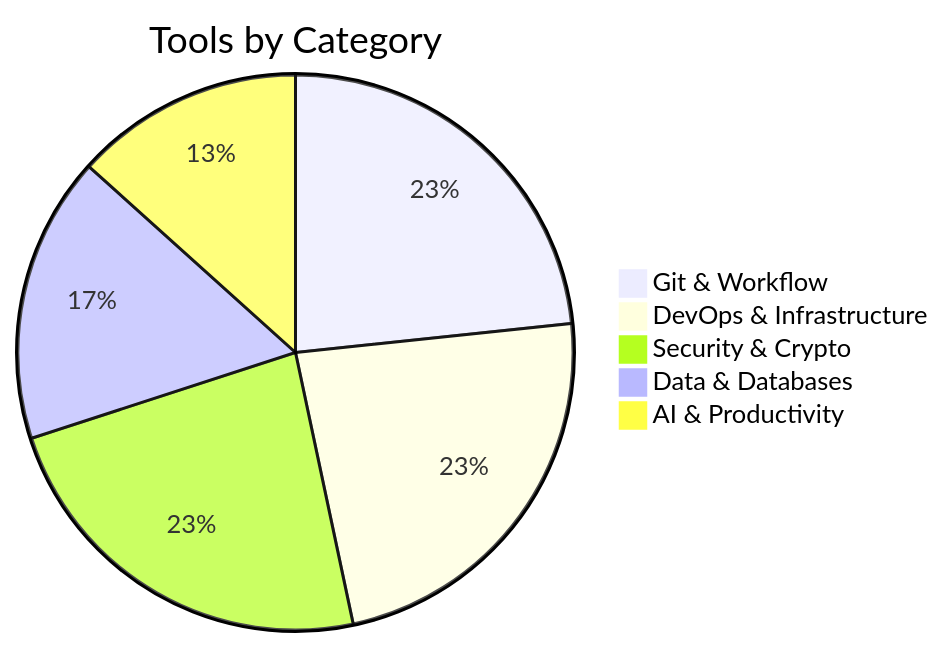
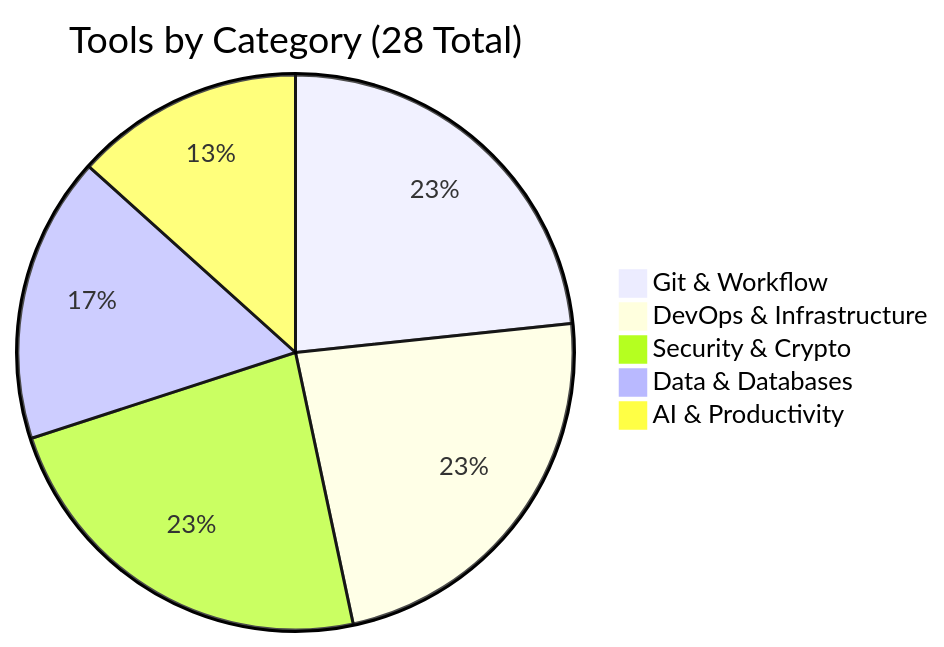
Before and after one commit to TauqeerMustafa/TauqeerMustafa: the diagram in README.md, drawn with Mermaid. The commit also changed other lines of this file, not shown here.

````diff
--- a/README.md
+++ b/README.md
@@ -468,8 +764,8 @@
 ```mermaid
-pie title Tools by Category
+pie title Tools by Category (28 Total)
     "Git & Workflow" : 7
     "DevOps & Infrastructure" : 7
     "Security & Crypto" : 7
     "Data & Databases" : 5
     "AI & Productivity" : 4
 ```
````
